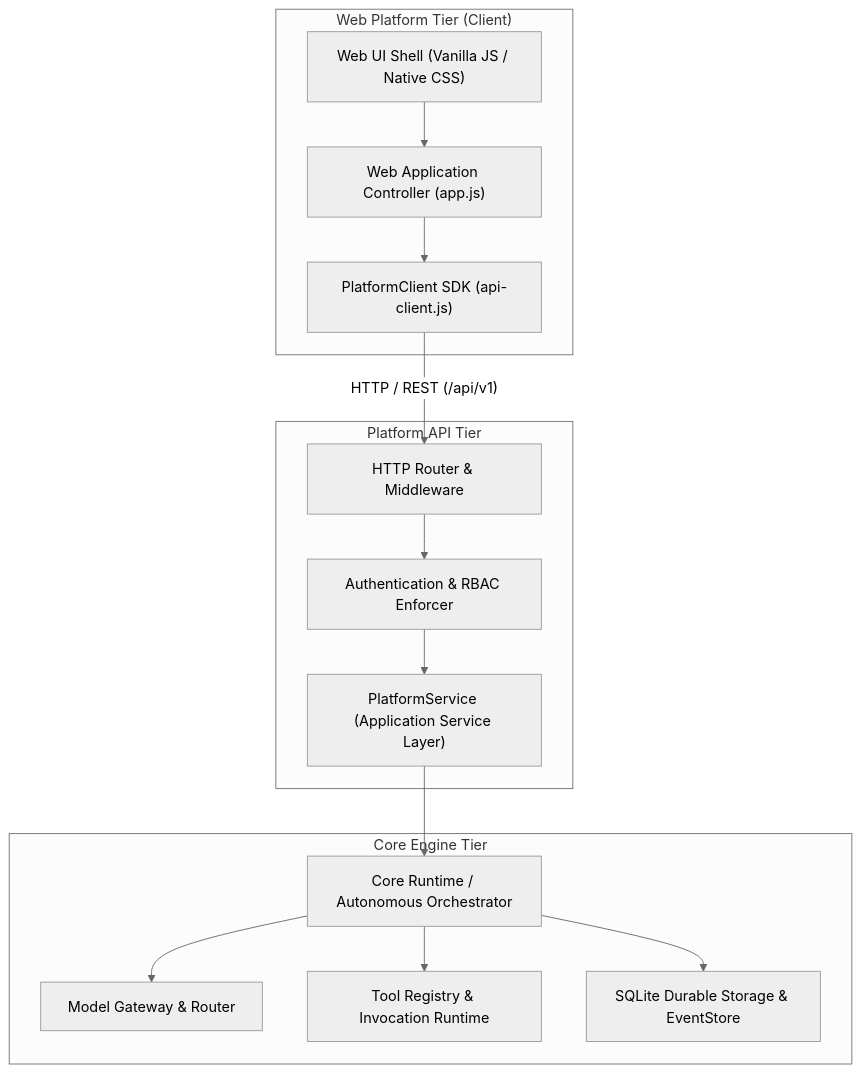
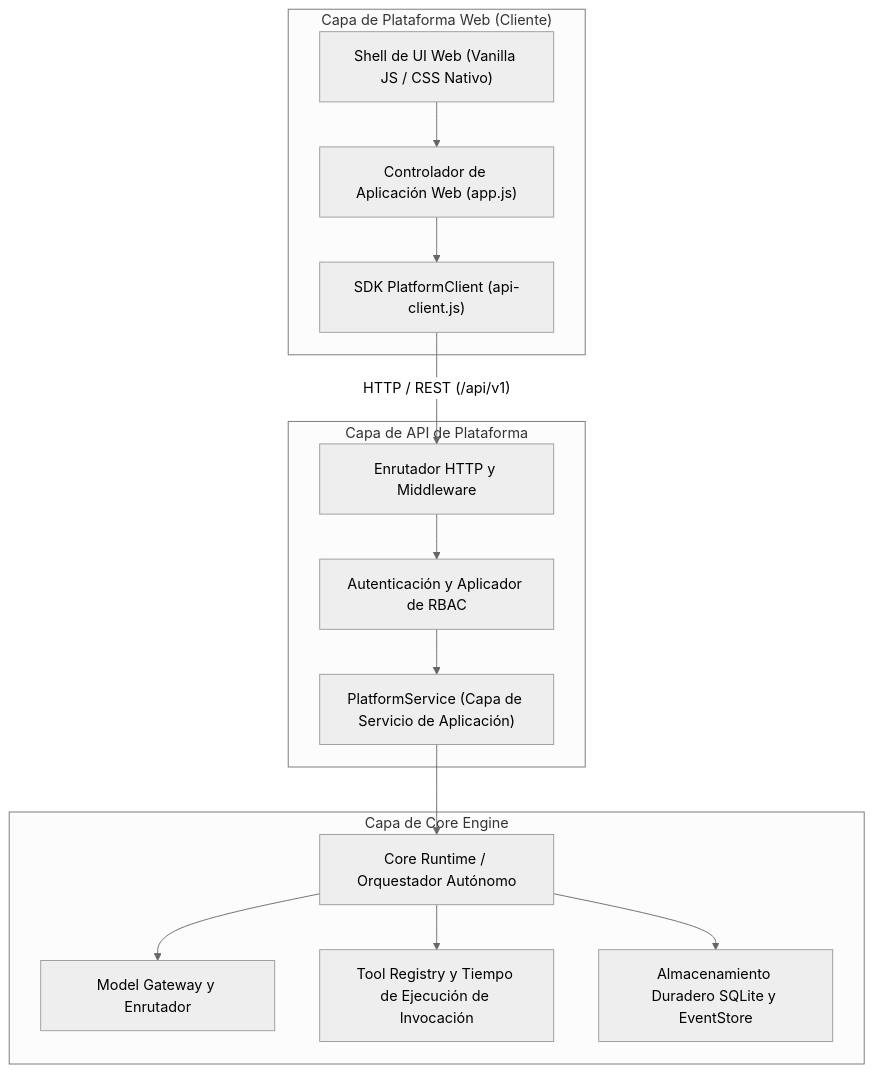
The diagram in docs/PLATFORM_PRODUCT.md (johangonzahenri/ai-operating-platform), drawn with Mermaid (neutral theme) before and after one commit. The commit also changed other lines of this file and 39 other files, not shown here.

````diff
--- a/docs/PLATFORM_PRODUCT.md
+++ b/docs/PLATFORM_PRODUCT.md
@@ -13,20 +13,20 @@
 ```mermaid
 flowchart TD
-    subgraph Web_Tier["Web Platform Tier (Client)"]
-        UI["Web UI Shell (Vanilla JS / Native CSS)"] --> App["Web Application Controller (app.js)"]
-        App --> Client["PlatformClient SDK (api-client.js)"]
+    subgraph Web_Tier["Capa de Plataforma Web (Cliente)"]
+        UI["Shell de UI Web (Vanilla JS / CSS Nativo)"] --> App["Controlador de Aplicación Web (app.js)"]
+        App --> Client["SDK PlatformClient (api-client.js)"]
     end
 
-    subgraph API_Tier["Platform API Tier"]
-        Client -->|"HTTP / REST (/api/v1)"| HTTP["HTTP Router & Middleware"]
-        HTTP --> Auth["Authentication & RBAC Enforcer"]
-        Auth --> Service["PlatformService (Application Service Layer)"]
+    subgraph API_Tier["Capa de API de Plataforma"]
+        Client -->|"HTTP / REST (/api/v1)"| HTTP["Enrutador HTTP y Middleware"]
+        HTTP --> Auth["Autenticación y Aplicador de RBAC"]
+        Auth --> Service["PlatformService (Capa de Servicio de Aplicación)"]
     end
 
-    subgraph Core_Tier["Core Engine Tier"]
-        Service --> Core["Core Runtime / Autonomous Orchestrator"]
-        Core --> Model["Model Gateway & Router"]
-        Core --> Tool["Tool Registry & Invocation Runtime"]
-        Core --> Storage["SQLite Durable Storage & EventStore"]
+    subgraph Core_Tier["Capa de Core Engine"]
+        Service --> Core["Core Runtime / Orquestador Autónomo"]
+        Core --> Model["Model Gateway y Enrutador"]
+        Core --> Tool["Tool Registry y Tiempo de Ejecución de Invocación"]
+        Core --> Storage["Almacenamiento Duradero SQLite y EventStore"]
     end
 ```
````
